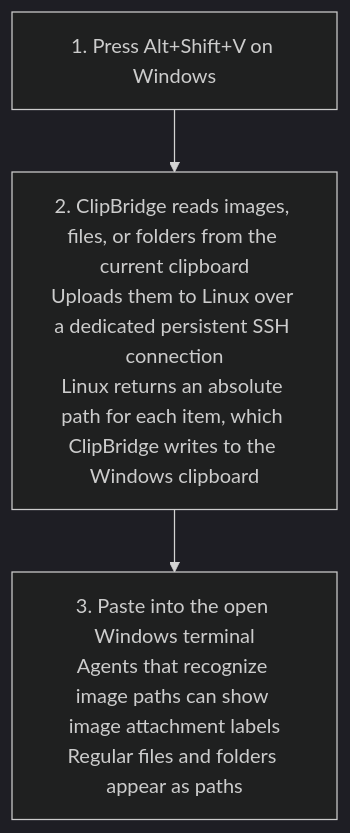
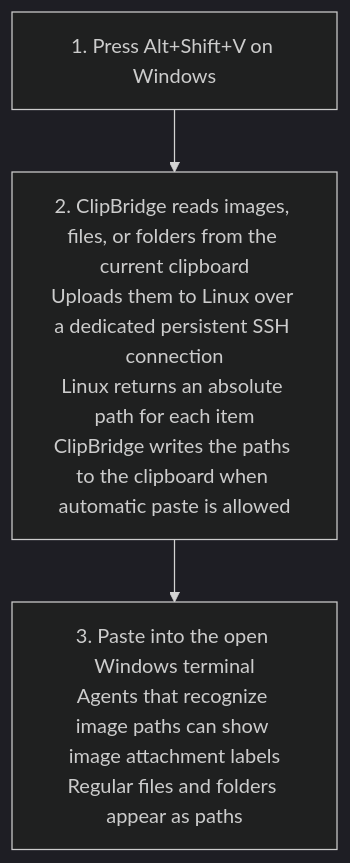
The first of 2 diagrams in README.md (NewbieToEverything/clip-win-linux), drawn with Mermaid (dark theme) before and after one commit. The commit also changed other lines of this file and 1 other file, not shown here.

Commit message:
Diagram the optional XPipe connection lifecycle

````diff
--- a/README.md
+++ b/README.md
@@ -11,5 +13,5 @@
 ```mermaid
 flowchart TD
-    A["1. Press Alt+Shift+V on Windows"] --> B["2. ClipBridge reads images, files, or folders from the current clipboard<br/>Uploads them to Linux over a dedicated persistent SSH connection<br/>Linux returns an absolute path for each item, which ClipBridge writes to the Windows clipboard"]
+    A["1. Press Alt+Shift+V on Windows"] --> B["2. ClipBridge reads images, files, or folders from the current clipboard<br/>Uploads them to Linux over a dedicated persistent SSH connection<br/>Linux returns an absolute path for each item<br/>ClipBridge writes the paths to the clipboard when automatic paste is allowed"]
     B --> C["3. Paste into the open Windows terminal<br/>Agents that recognize image paths can show image attachment labels<br/>Regular files and folders appear as paths"]
 ```
````
